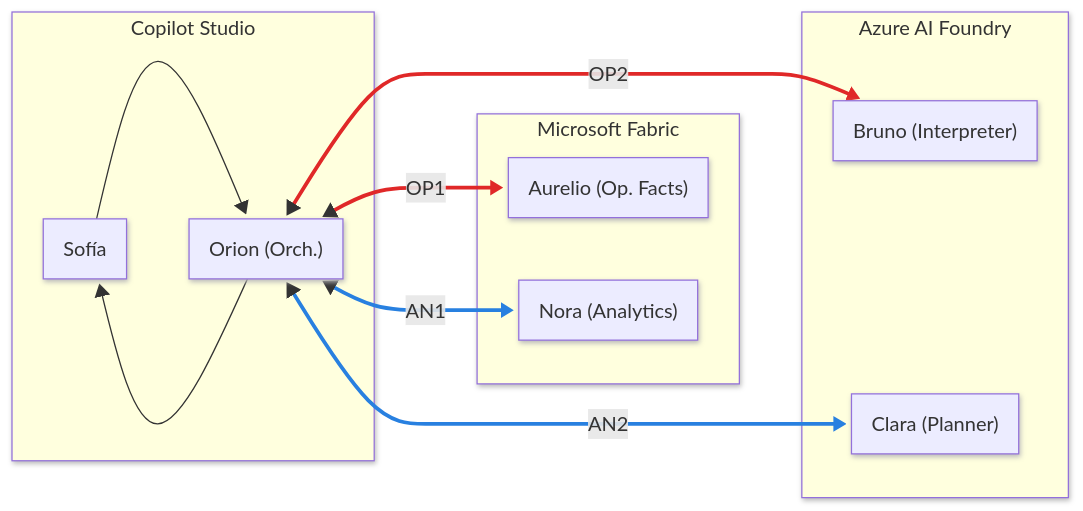
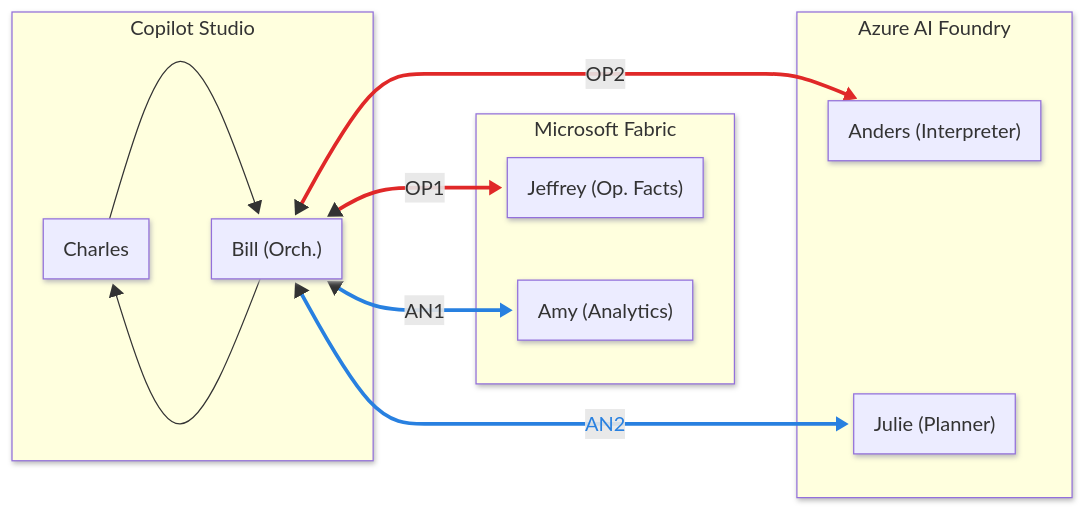
One commit to warnov/taller-multi-agentic changed the diagram in README.md. Above: the diagram before and after it, drawn with Mermaid.

Commit message:
Update flowchart agents in README.md

````diff
--- a/README.md
+++ b/README.md
@@ -54,35 +54,35 @@
 ``` mermaid
 ---
 config:
   look: neo
 ---
 flowchart LR
 
   subgraph CS["Copilot Studio"]
-    Sofia["Sofía"]
-    Orion["Orion (Orch.)"]
+    Charles["Charles"]
+    Bill["Bill (Orch.)"]
   end
 
   subgraph MF["Microsoft Fabric"]
-    Aurelio["Aurelio (Op. Facts)"]
-    Nora["Nora (Analytics)"]
+    Jeffrey["Jeffrey (Op. Facts)"]
+    Amy["Amy (Analytics)"]
   end
 
   subgraph AF["Azure AI Foundry"]
-    Bruno["Bruno (Interpreter)"]
-    Clara["Clara (Planner)"]
+    Anders["Anders (Interpreter)"]
+    Julie["Julie (Planner)"]
   end
   MF ~~~ AF
-  Sofia L_Sofia_Orion_0@--> Orion
-  Orion OP1@<-->|OP1| Aurelio
-  Orion OP2@<-->|OP2| Bruno
-  Orion AN1@<-->|AN1| Nora
-  Orion AN2@<-->|AN2| Clara
-  Orion L_Orion_Sofia_0@--> Sofia
-  L_Sofia_Orion_0@{ curve: natural }
-  L_Orion_Sofia_0@{ curve: natural }
+  Charles L_Charles_Bill_0@--> Bill
+  Bill OP1@<-->|OP1| Jeffrey
+  Bill OP2@<-->|OP2| Anders
+  Bill AN1@<-->|AN1| Amy
+  Bill AN2@<-->|AN2| Julie
+  Bill L_Bill_Charles_0@--> Charles
+  L_Charles_Bill_0@{ curve: natural }
+  L_Bill_Charles_0@{ curve: natural }
   linkStyle 2 stroke:#E02828,stroke-width:3px,color:#E02828     %% OP1 - red
   linkStyle 3 stroke:#E02828,stroke-width:3px,color:#E02828     %% OP2 - red
   linkStyle 4 stroke:#2880E0,stroke-width:3px,color:#2880E0     %% AN1 - blue
-  linkStyle 5 stroke:#2880E0,stroke-width:3px,color:#2880E0     %% AN2 - blue
+  linkStyle 5 stroke:#2880E0,stroke-width:3px,color:#2880E0  
 ```
````
